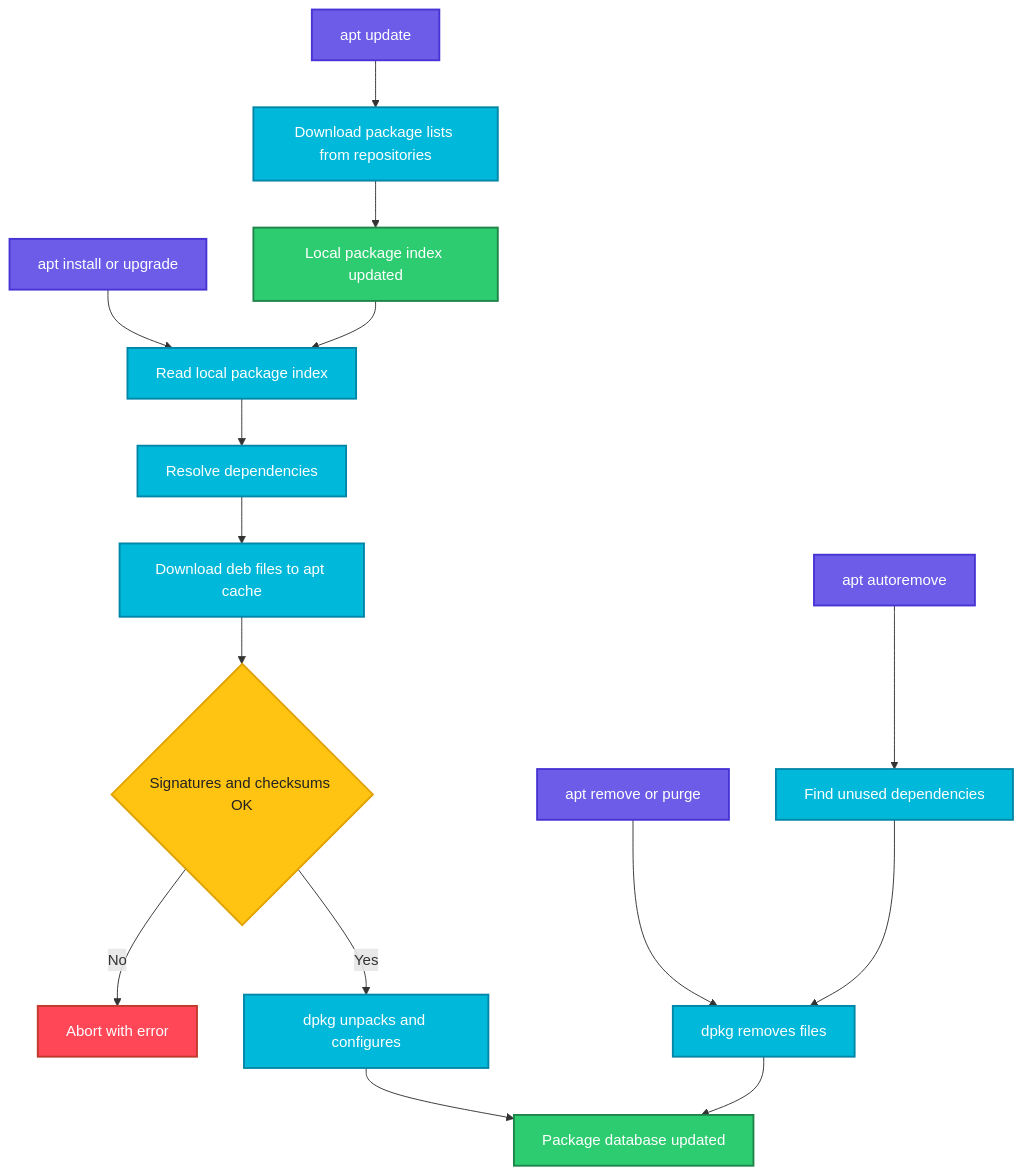
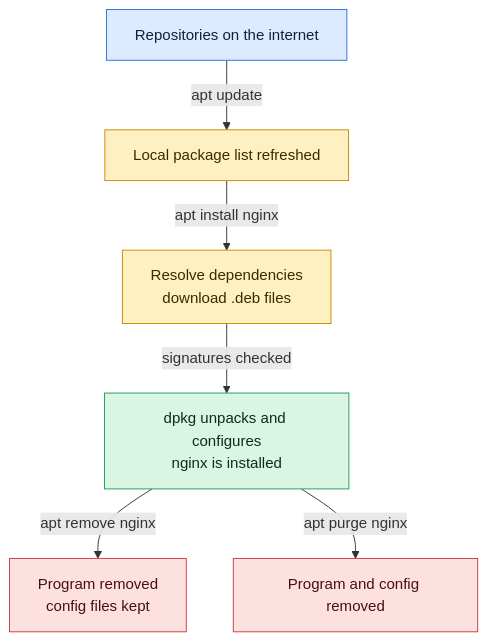
Before and after one commit to codeKerdosTech/DevOps-Documentation: the diagram in linux/package-management/apt.md, drawn with Mermaid. The commit also changed other lines of this file and 165 other files, not shown here.

Commit message:
updated diagrams in linux

````diff
--- a/linux/package-management/apt.md
+++ b/linux/package-management/apt.md
@@ -33,28 +33,17 @@
 ```mermaid
 flowchart TD
-    A[apt update] --> B[Download package lists from repositories]
-    B --> C[Local package index updated]
-    D[apt install or upgrade] --> E[Read local package index]
-    C --> E
-    E --> F[Resolve dependencies]
-    F --> G[Download deb files to apt cache]
-    G --> H{Signatures and checksums OK}
-    H -->|No| I[Abort with error]
-    H -->|Yes| J[dpkg unpacks and configures]
-    J --> K[Package database updated]
-    L[apt remove or purge] --> M[dpkg removes files]
-    M --> K
-    N[apt autoremove] --> O[Find unused dependencies]
-    O --> M
-    classDef start fill:#6C5CE7,stroke:#4834D4,stroke-width:2px,color:#fff
-    classDef proc fill:#00B8D9,stroke:#0087A8,stroke-width:2px,color:#fff
-    classDef dec fill:#FFC312,stroke:#E1A100,stroke-width:2px,color:#222
-    classDef ok fill:#2ECC71,stroke:#1E8449,stroke-width:2px,color:#fff
-    classDef err fill:#FF4757,stroke:#C0392B,stroke-width:2px,color:#fff
-    classDef alt fill:#FF9F43,stroke:#E67E22,stroke-width:2px,color:#fff
-    class A,D,L,N start
-    class B,E,F,G,J,M,O proc
-    class H dec
-    class C,K ok
-    class I err
+    i1[Repositories on the internet] -->|apt update| c1[Local package list refreshed]
+    c1 -->|apt install nginx| c2[Resolve dependencies<br/>download .deb files]
+    c2 -->|signatures checked| o1[dpkg unpacks and configures<br/>nginx is installed]
+    o1 -->|apt remove nginx| x1[Program removed<br/>config files kept]
+    o1 -->|apt purge nginx| x2[Program and config removed]
+    classDef inp fill:#DCEBFF,stroke:#2F6FDE,color:#10213F
+    classDef cmd fill:#FFF0C2,stroke:#C98A00,color:#3A2A00
+    classDef out fill:#D9F5E3,stroke:#1F9D55,color:#0B2E1A
+    classDef bad fill:#FDE0E0,stroke:#D13B3B,color:#4A0F0F
+    classDef note fill:#ECEFF3,stroke:#7B8794,color:#1F2933
+    class i1 inp
+    class c1,c2 cmd
+    class o1 out
+    class x1,x2 bad
 ```
````
